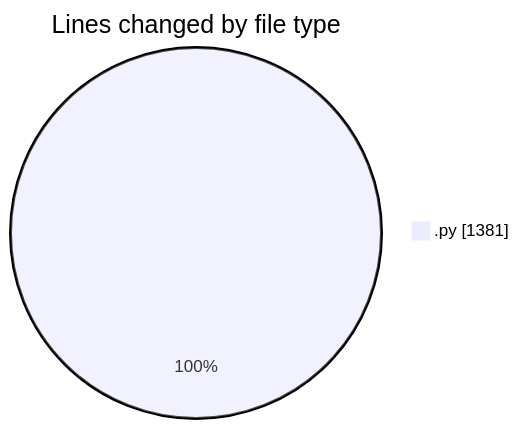
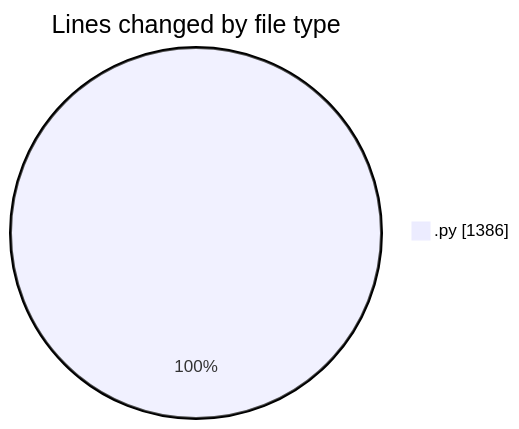
One commit to Ritupan-Deka/code-tracking changed the first of 2 diagrams in 2025-06-29/whiteboard/README.md. Above: the diagram before and after it, drawn with Mermaid. The commit also changed other lines of this file and 1 other file, not shown here.

````diff
--- a/2025-06-29/whiteboard/README.md
+++ b/2025-06-29/whiteboard/README.md
@@ -23,5 +23,5 @@
 ```mermaid
 pie showData
 title Lines changed by file type
-".py" : 1381
+".py" : 1386
 ```
````
